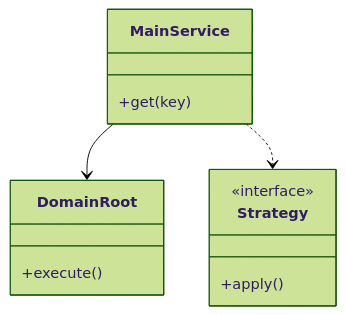
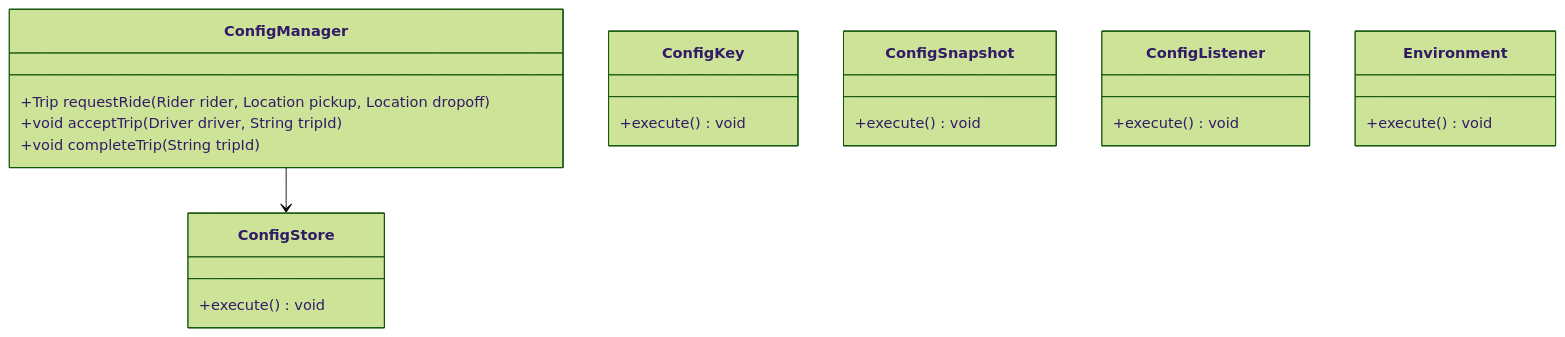
One commit to madhupaila/Interview-Prep-SSE changed the first of 3 diagrams in Learn/System Design - Low Level Design/02-classic-ood/questions/Q64-config-manager.md. Above: the diagram before and after it, drawn with Mermaid (forest theme). The commit also changed other lines of this file and 491 other files, not shown here.

````diff
--- a/Learn/System Design - Low Level Design/02-classic-ood/questions/Q64-config-manager.md
+++ b/Learn/System Design - Low Level Design/02-classic-ood/questions/Q64-config-manager.md
@@ -74,15 +92,24 @@
 ```mermaid
 classDiagram
-    class MainService {
-        +get(key)
+    class ConfigManager {
+        +Trip requestRide(Rider rider, Location pickup, Location dropoff)
+        +void acceptTrip(Driver driver, String tripId)
+        +void completeTrip(String tripId)
     }
-    class DomainRoot {
-        +execute()
+    class ConfigStore {
+        +execute() void
     }
-    class Strategy {
-        <<interface>>
-        +apply()
+    class ConfigKey {
+        +execute() void
     }
-    MainService --> DomainRoot
-    MainService ..> Strategy
+    class ConfigSnapshot {
+        +execute() void
+    }
+    class ConfigListener {
+        +execute() void
+    }
+    class Environment {
+        +execute() void
+    }
+    ConfigManager --> ConfigStore
 ```
````
